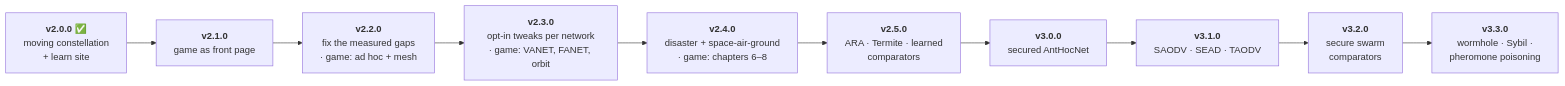
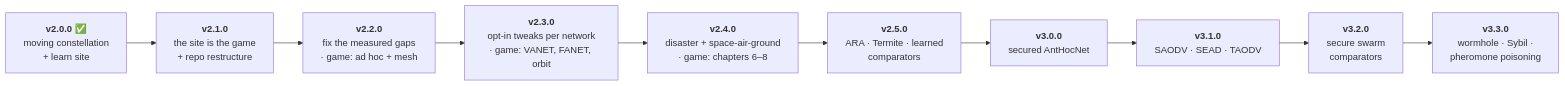
Before and after one commit to danieljoppi/AntHocNet: the second of 2 diagrams in README.md, drawn with Mermaid. The commit also changed 9 other files, not shown here.

First line of the commit message:
docs(roadmap): v2.1.0 becomes the restructure release: the whole site is the game, and the repo moves

````diff
--- a/README.md
+++ b/README.md
@@ -218,14 +218,14 @@
 ```mermaid
 flowchart LR
     V20["<b>v2.0.0</b> ✅<br/>moving constellation<br/>+ learn site"]
-    V21["<b>v2.1.0</b><br/>game as front page"]
+    V21["<b>v2.1.0</b><br/>the site is the game<br/>+ repo restructure"]
     V22["<b>v2.2.0</b><br/>fix the measured gaps<br/>· game: ad hoc + mesh"]
     V23["<b>v2.3.0</b><br/>opt-in tweaks per network<br/>· game: VANET, FANET, orbit"]
     V24["<b>v2.4.0</b><br/>disaster + space-air-ground<br/>· game: chapters 6–8"]
     V25["<b>v2.5.0</b><br/>ARA · Termite · learned<br/>comparators"]
     V30["<b>v3.0.0</b><br/>secured AntHocNet"]
     V31["<b>v3.1.0</b><br/>SAODV · SEAD · TAODV"]
     V32["<b>v3.2.0</b><br/>secure swarm<br/>comparators"]
     V33["<b>v3.3.0</b><br/>wormhole · Sybil ·<br/>pheromone poisoning"]
     V20 --> V21 --> V22 --> V23 --> V24 --> V25 --> V30 --> V31 --> V32 --> V33
 ```
````
